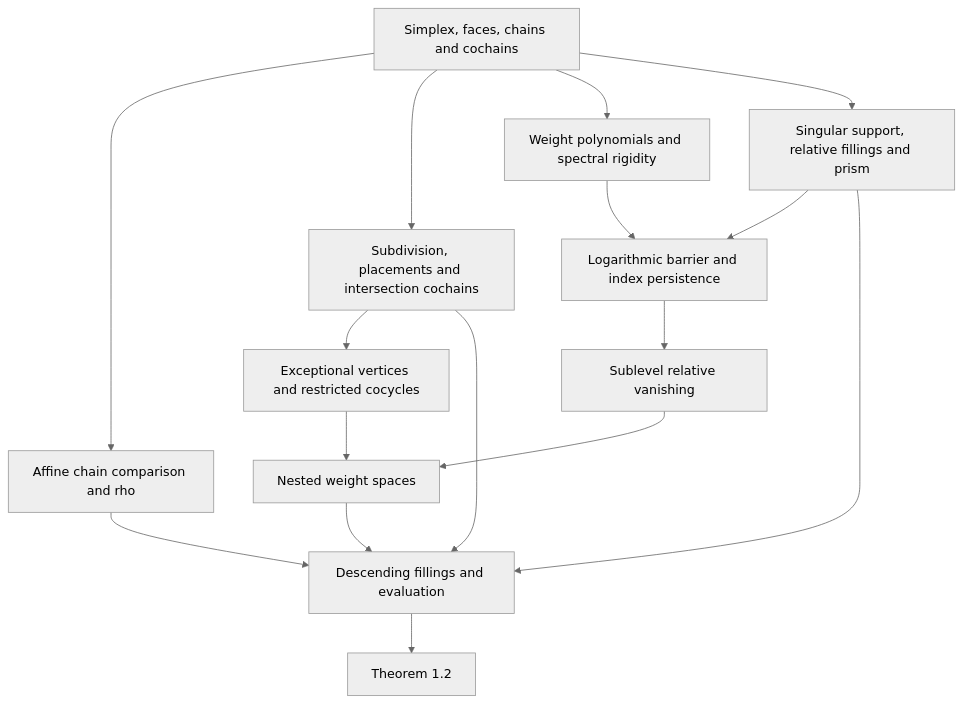
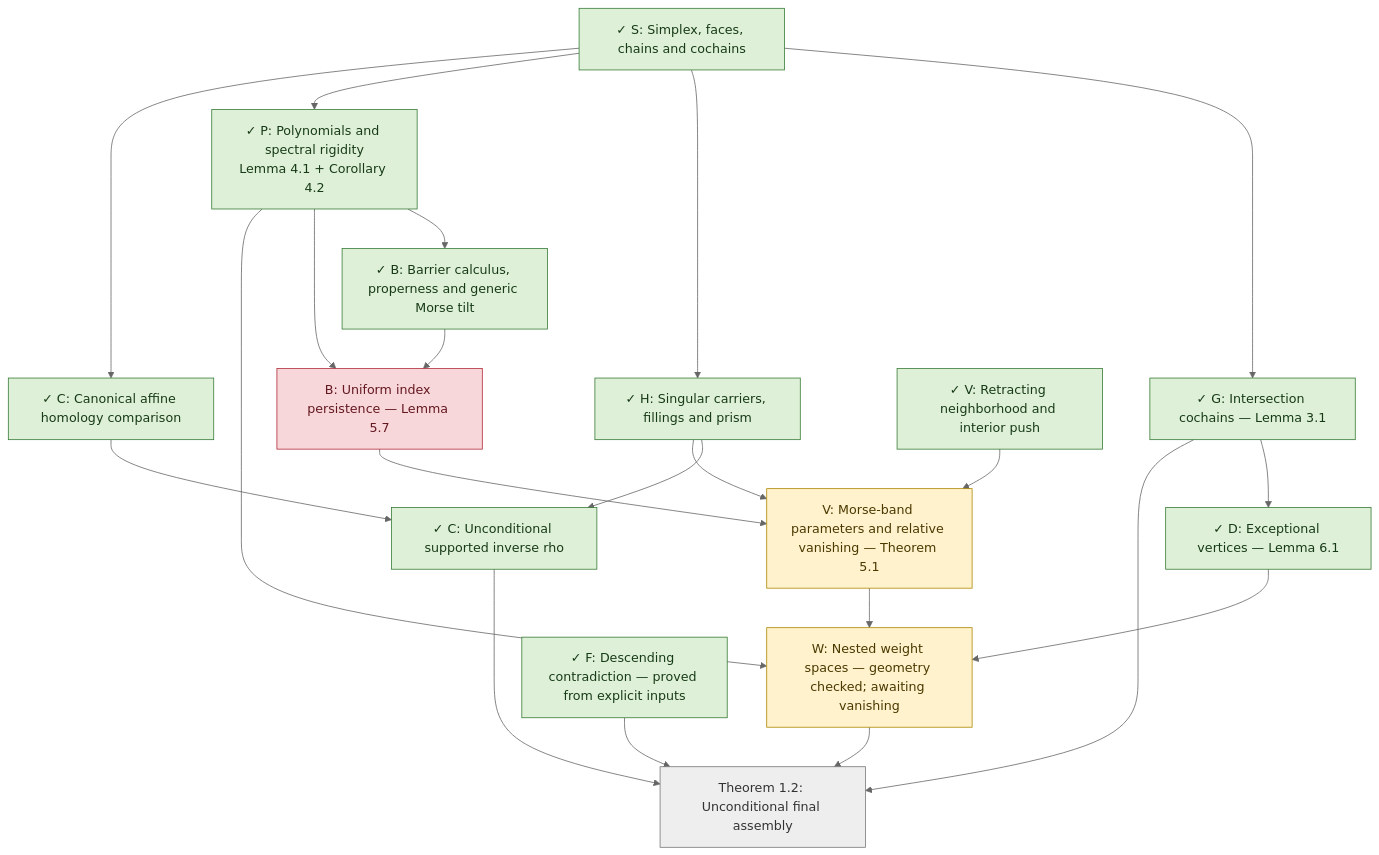
The diagram in docs/blueprint.md (snorin239/SharpTopologicalOverlap), drawn with Mermaid (neutral theme) before and after one commit. The commit also changed other lines of this file and 16 other files, not shown here.

Commit message:
Prove canonical homology comparison and supported inverse

````diff
--- a/docs/blueprint.md
+++ b/docs/blueprint.md
@@ -51,18 +51,41 @@
 ```mermaid
 flowchart TD
-  S["Simplex, faces, chains and cochains"] --> C["Affine chain comparison and rho"]
-  S --> G["Subdivision, placements and intersection cochains"]
-  S --> P["Weight polynomials and spectral rigidity"]
-  S --> H["Singular support, relative fillings and prism"]
-  P --> B["Logarithmic barrier and index persistence"]
-  H --> B
-  B --> V["Sublevel relative vanishing"]
-  G --> D["Exceptional vertices and restricted cocycles"]
-  D --> W["Nested weight spaces"]
-  V --> W
-  C --> F["Descending fillings and evaluation"]
-  H --> F
-  W --> F
-  G --> F
-  F --> T["Theorem 1.2"]
+  S["✓ S: Simplex, faces, chains and cochains"]:::done
+  G["✓ G: Intersection cochains — Lemma 3.1"]:::done
+  H["✓ H: Singular carriers, fillings and prism"]:::done
+  P["✓ P: Polynomials and spectral rigidity<br/>Lemma 4.1 + Corollary 4.2"]:::done
+  D["✓ D: Exceptional vertices — Lemma 6.1"]:::done
+  C0["✓ C: Canonical affine homology comparison"]:::done
+  C1["✓ C: Unconditional supported inverse rho"]:::done
+  B0["✓ B: Barrier calculus, properness and generic Morse tilt"]:::done
+  B1["B: Uniform index persistence — Lemma 5.7"]:::hard
+  V0["✓ V: Retracting neighborhood and interior push"]:::done
+  V1["V: Morse-band parameters and relative vanishing — Theorem 5.1"]:::working
+  W["W: Nested weight spaces — geometry checked; awaiting vanishing"]:::working
+  F["✓ F: Descending contradiction — proved from explicit inputs"]:::done
+  T["Theorem 1.2: Unconditional final assembly"]:::pending
+  S --> G
+  S --> H
+  S --> P
+  S --> C0
+  G --> D
+  C0 --> C1
+  H --> C1
+  P --> B0
+  B0 --> B1
+  P --> B1
+  B1 --> V1
+  V0 --> V1
+  H --> V1
+  D --> W
+  P --> W
+  V1 --> W
+  C1 --> T
+  W --> T
+  F --> T
+  G --> T
+  classDef done fill:#dff0d8,stroke:#367b35,color:#173b17
+  classDef working fill:#fff2cc,stroke:#ad8700,color:#4b3900
+  classDef hard fill:#f8d7da,stroke:#b02a37,color:#641820
+  classDef pending fill:#eeeeee,stroke:#777777,color:#333333
 ```
````
